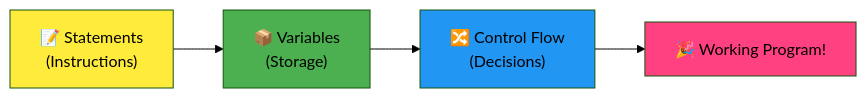
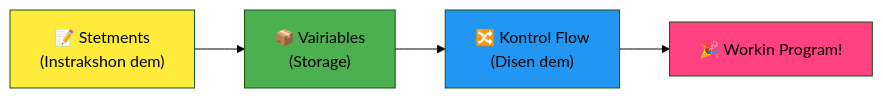
The fourth of 7 diagrams in translations/pcm/1-getting-started-lessons/1-intro-to-programming-languages/README.md (microsoft/Web-Dev-For-Beginners), drawn with Mermaid (forest theme) before and after one commit. The commit also changed other lines of this file and 8 other files, not shown here.

````diff
--- a/translations/pcm/1-getting-started-lessons/1-intro-to-programming-languages/README.md
+++ b/translations/pcm/1-getting-started-lessons/1-intro-to-programming-languages/README.md
@@ -466,9 +467,9 @@
 ```mermaid
 flowchart LR
-    A["📝 Statements<br/>(Instructions)"] --> B["📦 Variables<br/>(Storage)"] --> C["🔀 Control Flow<br/>(Decisions)"] --> D["🎉 Working Program!"]
+    A["📝 Stetments<br/>(Instrakshon dem)"] --> B["📦 Vairiables<br/>(Storage)"] --> C["🔀 Kontrol Flow<br/>(Disen dem)"] --> D["🎉 Workin Program!"]
     
     style A fill:#ffeb3b
     style B fill:#4caf50
     style C fill:#2196f3
     style D fill:#ff4081
-```  
+```
````
